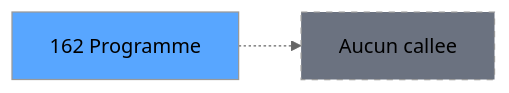
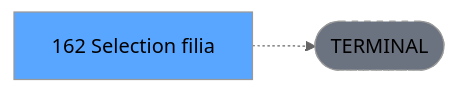
Before and after one commit to thonyAGP/lecteur-magic: the third of 3 diagrams in .openspec/renders/ADH-IDE-162.md, drawn with Mermaid (neutral theme). The commit also changed other lines of this file and 701 other files, not shown here.

````diff
--- a/.openspec/renders/ADH-IDE-162.md
+++ b/.openspec/renders/ADH-IDE-162.md
@@ -150,8 +135,8 @@
 ```mermaid
 graph LR
-    T[162 Programme]
-    NONE[Aucun callee]
-    T -.-> NONE
+    T[162 Selection filia]
+    TERM([TERMINAL])
+    T -.-> TERM
+    style TERM fill:#6b7280,stroke-dasharray: 5 5
     style T fill:#58a6ff,color:#000
-    style NONE fill:#6b7280,stroke-dasharray: 5 5
 ```
````
